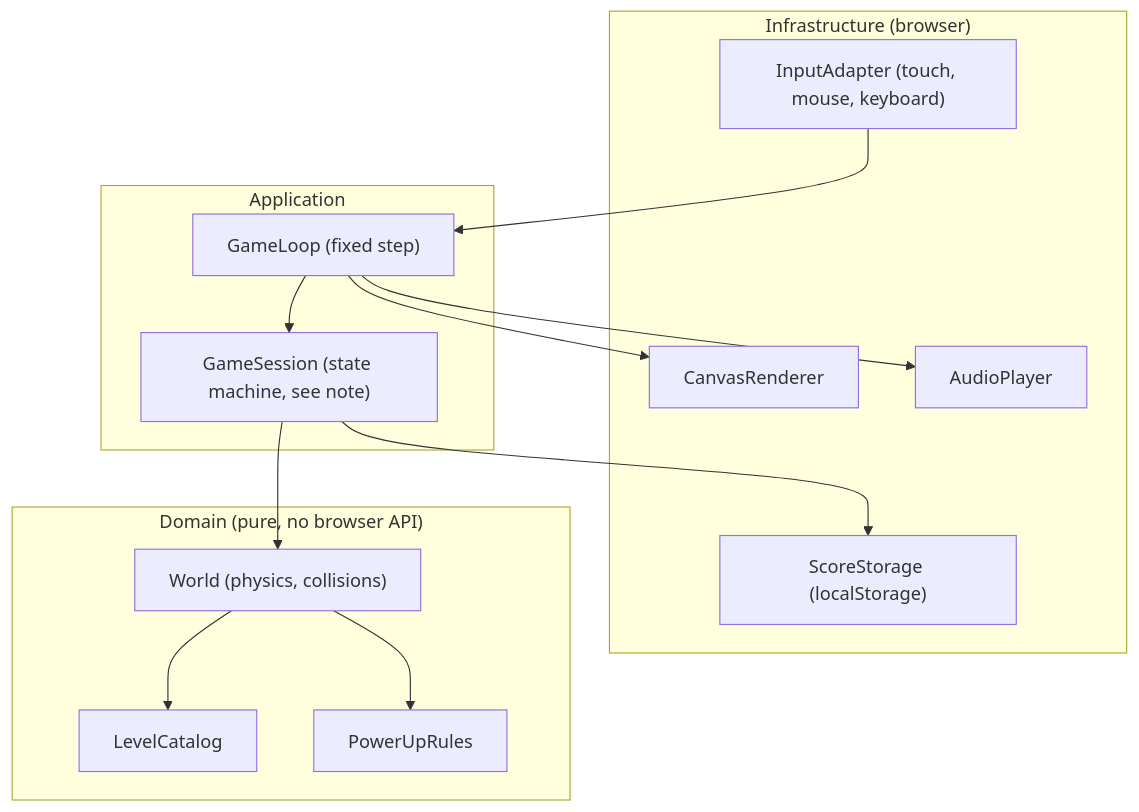
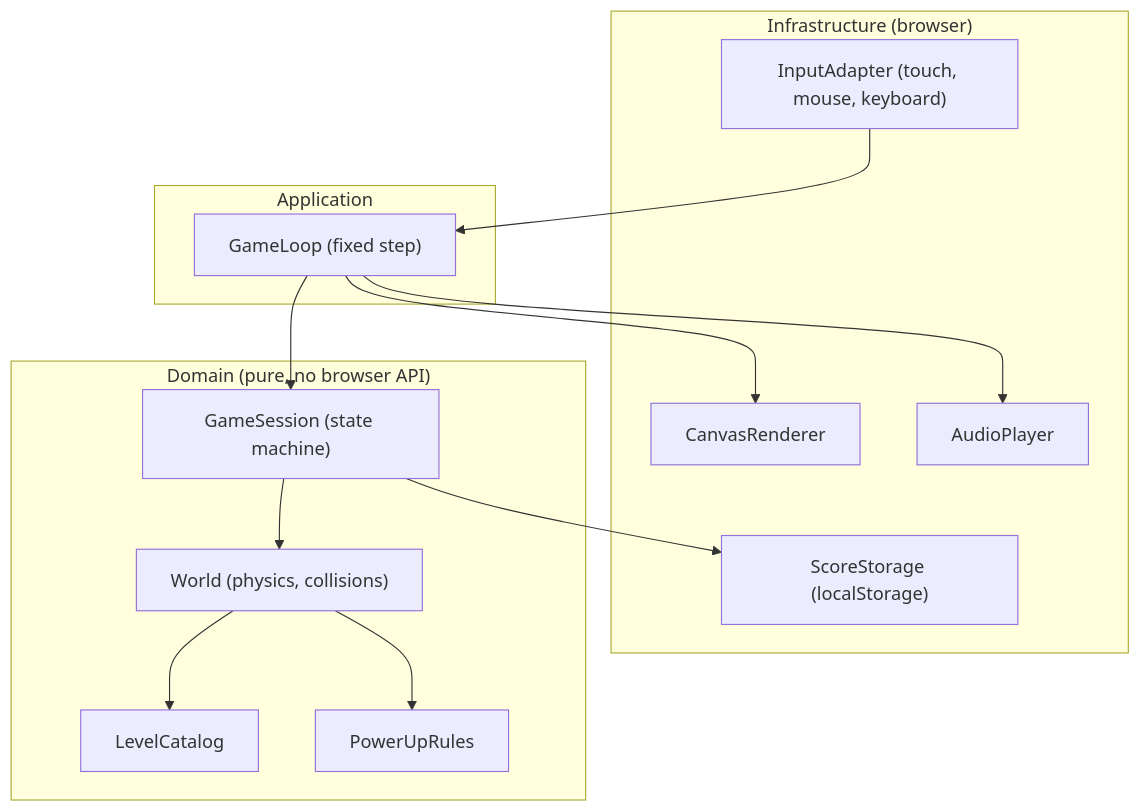
One commit to benoit-bremaud/retro-bounce changed the diagram in docs/architecture/diagrams/gameplay/03-component.md. Above: the diagram before and after it, drawn with Mermaid. The commit also changed other lines of this file and 12 other files, not shown here.

````diff
--- a/docs/architecture/diagrams/gameplay/03-component.md
+++ b/docs/architecture/diagrams/gameplay/03-component.md
@@ -12,26 +12,26 @@
 ```mermaid
 flowchart TB
   subgraph INFRA["Infrastructure (browser)"]
     Input["InputAdapter (touch, mouse, keyboard)"]
     Render["CanvasRenderer"]
     Audio["AudioPlayer"]
     Store["ScoreStorage (localStorage)"]
   end
   subgraph APP["Application"]
     Loop["GameLoop (fixed step)"]
-    Session["GameSession (state machine, see note)"]
   end
   subgraph DOMAIN["Domain (pure, no browser API)"]
     World["World (physics, collisions)"]
+    Session["GameSession (state machine)"]
     Levels["LevelCatalog"]
     Rules["PowerUpRules"]
   end
   Input --> Loop
   Loop --> Session
   Session --> World
   World --> Levels
   World --> Rules
   Loop --> Render
   Loop --> Audio
   Session --> Store
 ```
````
